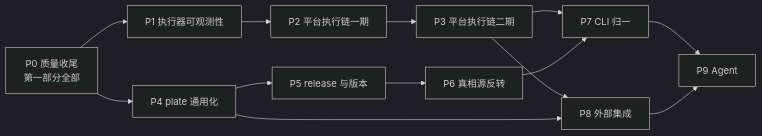
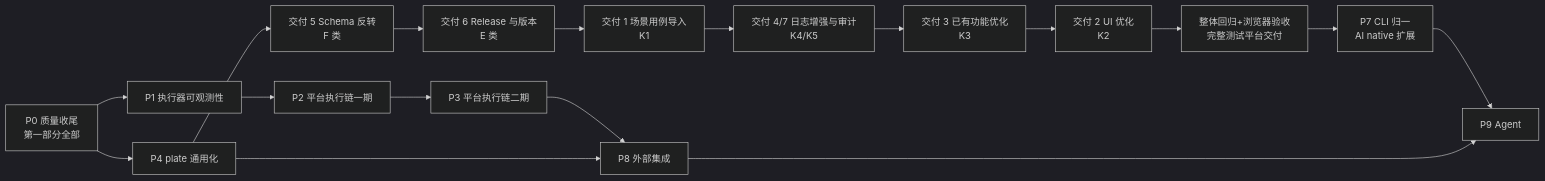
Before and after one commit to gadoid/Gimbal: the diagram in src/gimbal-platform/docs/superpowers/plans/GIMBAL-待实现功能与路线图-2026-09-28.md, drawn with Mermaid (dark theme). The commit also changed other lines of this file and 8 other files, not shown here.

````diff
--- a/src/gimbal-platform/docs/superpowers/plans/GIMBAL-待实现功能与路线图-2026-09-28.md
+++ b/src/gimbal-platform/docs/superpowers/plans/GIMBAL-待实现功能与路线图-2026-09-28.md
@@ -251,15 +293,19 @@
 ```mermaid
 flowchart LR
   P0[P0 质量收尾<br/>第一部分全部] --> P1[P1 执行器可观测性]
   P1 --> P2[P2 平台执行链一期]
   P2 --> P3[P3 平台执行链二期]
   P0 --> P4[P4 plate 通用化]
-  P4 --> P5[P5 release 与版本]
-  P5 --> P6[P6 真相源反转]
-  P3 --> P7[P7 CLI 归一]
-  P6 --> P7
+  P4 --> DL5[交付 5 Schema 反转<br/>F 类]
+  DL5 --> DL6[交付 6 Release 与版本<br/>E 类]
+  DL6 --> DL1[交付 1 场景用例导入<br/>K1]
+  DL1 --> DL47[交付 4/7 日志增强与审计<br/>K4/K5]
+  DL47 --> DL3[交付 3 已有功能优化<br/>K3]
+  DL3 --> DL2[交付 2 UI 优化<br/>K2]
+  DL2 --> DELIV[整体回归+浏览器验收<br/>完整测试平台交付]
+  DELIV --> P7[P7 CLI 归一<br/>AI native 扩展]
   P3 --> P8[P8 外部集成]
   P4 --> P8
   P7 --> P9[P9 Agent]
   P8 --> P9
 ```
````
